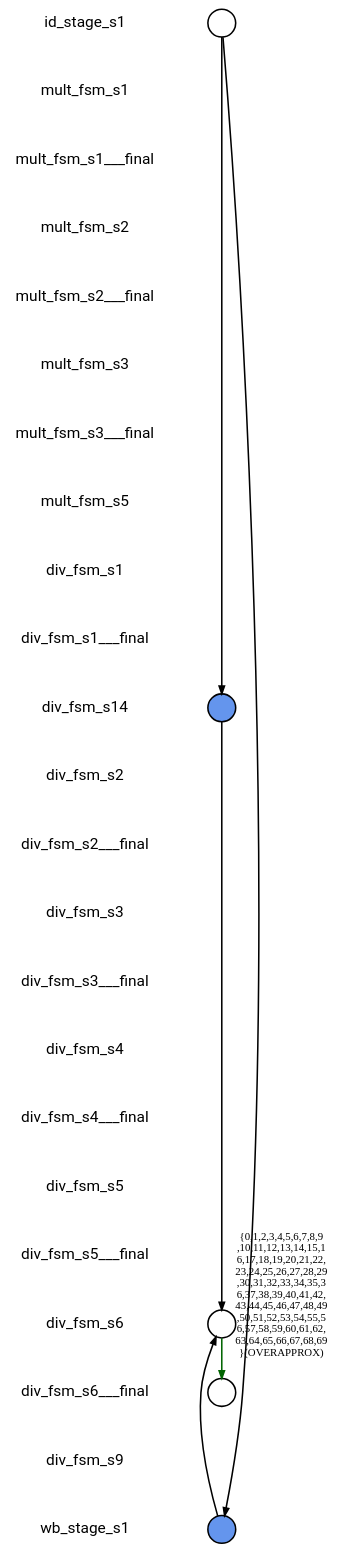
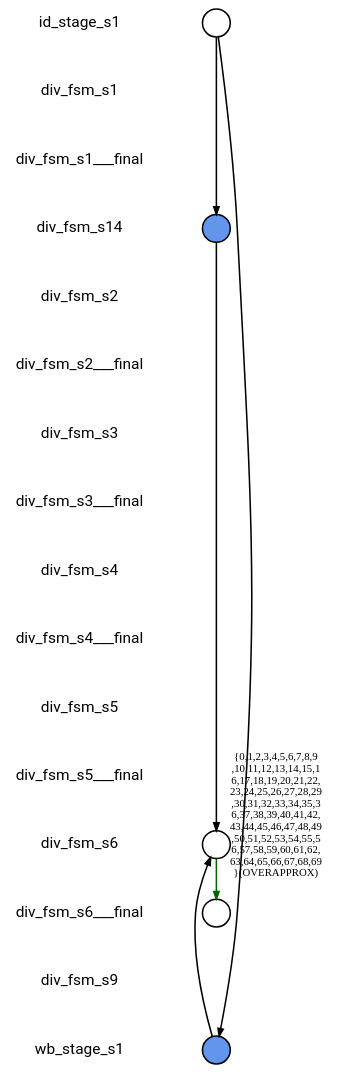
Before and after one commit to naomipark3/SynthLC: the diagram in fv/synthlc/i_DIV_out/xSummarize/nonisograph/com_3_0.dot, drawn with Graphviz. The commit also changed 38807 other files, not shown here.

```diff
--- a/fv/synthlc/i_DIV_out/xSummarize/nonisograph/com_3_0.dot
+++ b/fv/synthlc/i_DIV_out/xSummarize/nonisograph/com_3_0.dot
@@ -1,90 +1,76 @@
 
 digraph G {
     edge [penwidth=2];
     node [ shape=box, fontsize=20, penwidth=2, fontname="roboto"];
     esep=0.5;
     layout=neato;
     overlap=scale;
     splines=true;
 
 l_id_stage_s1 [label="id_stage_s1"; pos="0,-0!"; shape=none];
 
-l_mult_fsm_s1 [label="mult_fsm_s1"; pos="0,-1!"; shape=none];
+l_div_fsm_s1 [label="div_fsm_s1"; pos="0,-1!"; shape=none];
 
-l_mult_fsm_s1___final [label="mult_fsm_s1___final"; pos="0,-2!"; shape=none];
+l_div_fsm_s1___final [label="div_fsm_s1___final"; pos="0,-2!"; shape=none];
 
-l_mult_fsm_s2 [label="mult_fsm_s2"; pos="0,-3!"; shape=none];
+l_div_fsm_s14 [label="div_fsm_s14"; pos="0,-3!"; shape=none];
 
-l_mult_fsm_s2___final [label="mult_fsm_s2___final"; pos="0,-4!"; shape=none];
+l_div_fsm_s2 [label="div_fsm_s2"; pos="0,-4!"; shape=none];
 
-l_mult_fsm_s3 [label="mult_fsm_s3"; pos="0,-5!"; shape=none];
+l_div_fsm_s2___final [label="div_fsm_s2___final"; pos="0,-5!"; shape=none];
 
-l_mult_fsm_s3___final [label="mult_fsm_s3___final"; pos="0,-6!"; shape=none];
+l_div_fsm_s3 [label="div_fsm_s3"; pos="0,-6!"; shape=none];
 
-l_mult_fsm_s5 [label="mult_fsm_s5"; pos="0,-7!"; shape=none];
+l_div_fsm_s3___final [label="div_fsm_s3___final"; pos="0,-7!"; shape=none];
 
-l_div_fsm_s1 [label="div_fsm_s1"; pos="0,-8!"; shape=none];
+l_div_fsm_s4 [label="div_fsm_s4"; pos="0,-8!"; shape=none];
 
-l_div_fsm_s1___final [label="div_fsm_s1___final"; pos="0,-9!"; shape=none];
+l_div_fsm_s4___final [label="div_fsm_s4___final"; pos="0,-9!"; shape=none];
 
-l_div_fsm_s14 [label="div_fsm_s14"; pos="0,-10!"; shape=none];
+l_div_fsm_s5 [label="div_fsm_s5"; pos="0,-10!"; shape=none];
 
-l_div_fsm_s2 [label="div_fsm_s2"; pos="0,-11!"; shape=none];
+l_div_fsm_s5___final [label="div_fsm_s5___final"; pos="0,-11!"; shape=none];
 
-l_div_fsm_s2___final [label="div_fsm_s2___final"; pos="0,-12!"; shape=none];
+l_div_fsm_s6 [label="div_fsm_s6"; pos="0,-12!"; shape=none];
 
-l_div_fsm_s3 [label="div_fsm_s3"; pos="0,-13!"; shape=none];
+l_div_fsm_s6___final [label="div_fsm_s6___final"; pos="0,-13!"; shape=none];
 
-l_div_fsm_s3___final [label="div_fsm_s3___final"; pos="0,-14!"; shape=none];
+l_div_fsm_s9 [label="div_fsm_s9"; pos="0,-14!"; shape=none];
 
-l_div_fsm_s4 [label="div_fsm_s4"; pos="0,-15!"; shape=none];
-
-l_div_fsm_s4___final [label="div_fsm_s4___final"; pos="0,-16!"; shape=none];
-
-l_div_fsm_s5 [label="div_fsm_s5"; pos="0,-17!"; shape=none];
-
-l_div_fsm_s5___final [label="div_fsm_s5___final"; pos="0,-18!"; shape=none];
-
-l_div_fsm_s6 [label="div_fsm_s6"; pos="0,-19!"; shape=none];
-
-l_div_fsm_s6___final [label="div_fsm_s6___final"; pos="0,-20!"; shape=none];
-
-l_div_fsm_s9 [label="div_fsm_s9"; pos="0,-21!"; shape=none];
-
-l_wb_stage_s1 [label="wb_stage_s1"; pos="0,-22!"; shape=none];
+l_wb_stage_s1 [label="wb_stage_s1"; pos="0,-15!"; shape=none];
 
 n_id_stage_s1 [label=""; pos="2,-0!"; shape=circle ]; 
 
 
-n_div_fsm_s14 [style=filled, color=black, fillcolor="#6495ED", label=""; pos="2,-10!"; shape=circle ]; 
+n_div_fsm_s14 [style=filled, color=black, fillcolor="#6495ED", label=""; pos="2,-3!"; shape=circle ]; 
 
 
-n_div_fsm_s6 [label=""; pos="2,-19!"; shape=circle ]; 
+n_div_fsm_s6 [label=""; pos="2,-12!"; shape=circle ]; 
 
 
-n_wb_stage_s1 [style=filled, color=black, fillcolor="#6495ED", label=""; pos="2,-22!"; shape=circle ]; 
+n_wb_stage_s1 [style=filled, color=black, fillcolor="#6495ED", label=""; pos="2,-15!"; shape=circle ]; 
 
 
-n_div_fsm_s6___final [label=""; pos="2,-20!"; shape=circle ]; 
+n_div_fsm_s6___final [label=""; pos="2,-13!"; shape=circle ]; 
 
 
 n_id_stage_s1 -> n_div_fsm_s14 [color="black"];
 
 n_id_stage_s1 -> n_wb_stage_s1 [color="black"];
 
 n_div_fsm_s14 -> n_div_fsm_s6 [color="black"];
 
 n_div_fsm_s6 -> n_div_fsm_s6___final [color="#006400", label="{0,1,2,3,4,5,6,7,8,9
 ,10,11,12,13,14,15,1
 6,17,18,19,20,21,22,
 23,24,25,26,27,28,29
 ,30,31,32,33,34,35,3
 6,37,38,39,40,41,42,
 43,44,45,46,47,48,49
 ,50,51,52,53,54,55,5
 6,57,58,59,60,61,62,
 63,64,65,66,67,68,69
 }(OVERAPPROX)"];
 
 n_wb_stage_s1 -> n_div_fsm_s6 [color="black"];
 }
```
